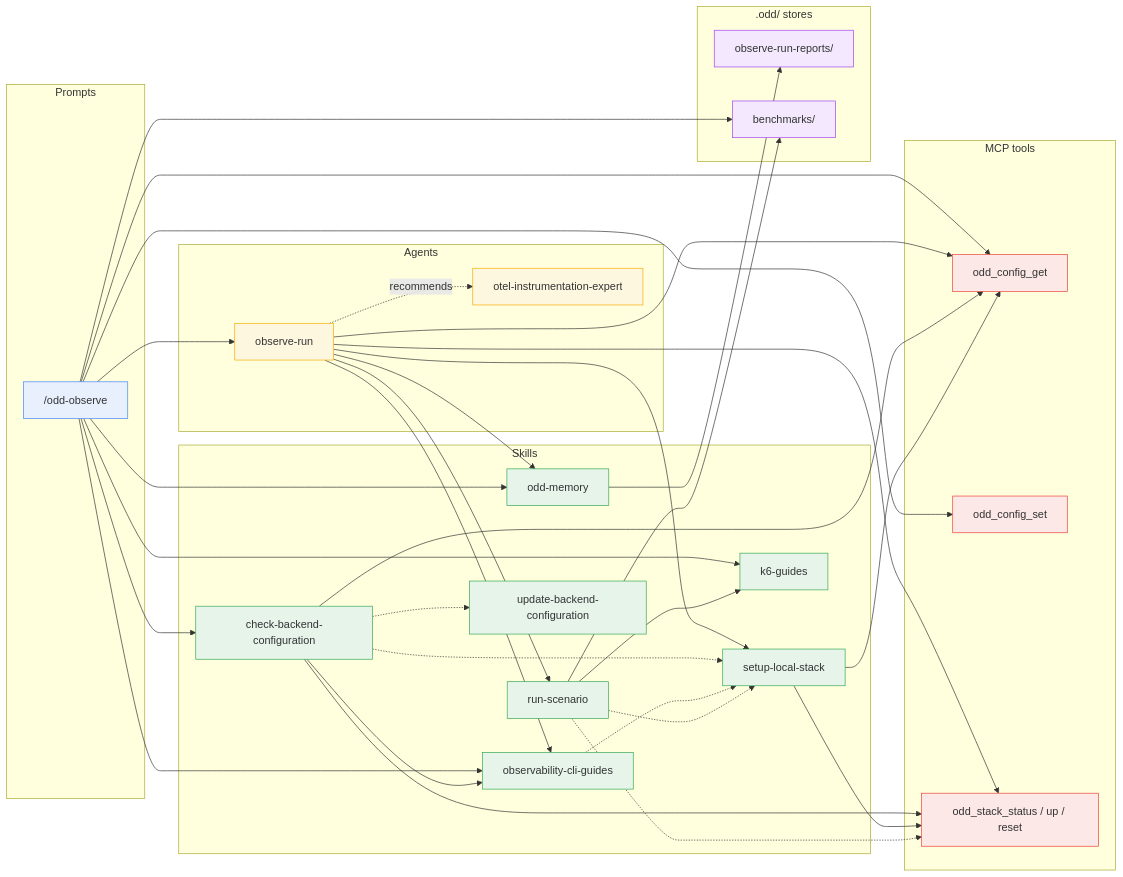
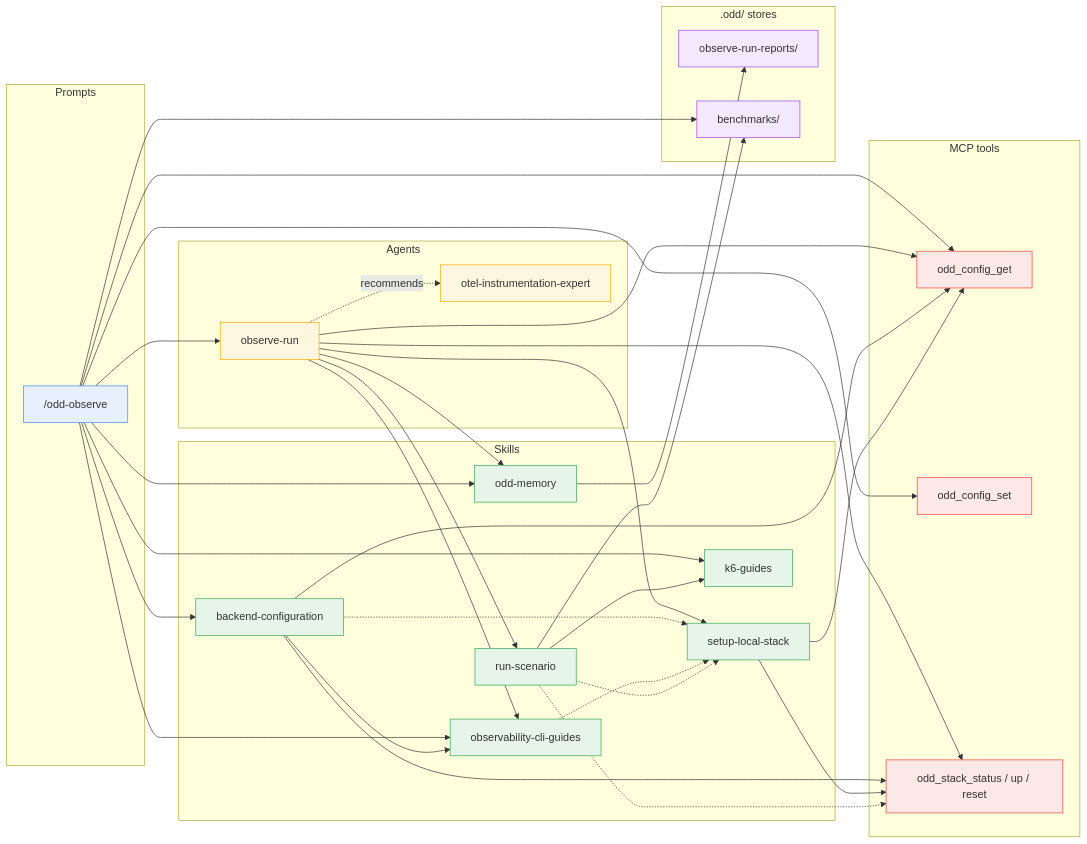
One commit to using-system/oddyssey changed the third of 7 diagrams in docs/guide/dependencies.md. Above: the diagram before and after it, drawn with Mermaid. The commit also changed other lines of this file and 14 other files, not shown here.

First line of the commit message:
feat(skill): backend-configuration - one skill for the check and the switch of the configured backend

````diff
--- a/docs/guide/dependencies.md
+++ b/docs/guide/dependencies.md
@@ -144,76 +144,74 @@
 ```mermaid
 flowchart LR
   subgraph Prompts
     observe["/odd-observe"]
   end
 
   subgraph Agents
     runner[observe-run]
     expert[otel-instrumentation-expert]
   end
 
   subgraph Skills
-    cbc[check-backend-configuration]
+    bc[backend-configuration]
     ocg[observability-cli-guides]
     sls[setup-local-stack]
     rs[run-scenario]
     kg[k6-guides]
     mem[odd-memory]
-    ubc[update-backend-configuration]
   end
 
   subgraph MCP["MCP tools"]
     cfgget[odd_config_get]
     cfgset[odd_config_set]
     stack[odd_stack_status / up / reset]
   end
 
   subgraph Stores[".odd/ stores"]
     obsdir[observe-run-reports/]
     benchdir[benchmarks/]
   end
 
   observe --> runner
-  observe --> cbc
+  observe --> bc
   observe --> mem
   observe --> cfgget
   observe --> cfgset
   observe --> kg
   observe --> ocg
   observe --> benchdir
   mem --> obsdir
 
   runner --> ocg
   runner --> sls
   runner --> rs
   runner --> mem
   runner --> cfgget
   runner --> stack
   runner -. recommends .-> expert
 
-  cbc -.-> sls
-  cbc -.-> ubc
-  cbc --> ocg
-  cbc --> cfgget
-  cbc --> stack
+  bc -.-> sls
+  bc --> ocg
+  bc --> cfgget
+  bc --> stack
   ocg -.-> sls
   sls --> cfgget
   sls --> stack
   rs -.-> stack
   rs -.-> sls
   rs --> kg
   rs --> benchdir
 
 
 
   classDef prompt fill:#e8f0fe,stroke:#4285f4
   classDef agent fill:#fef7e0,stroke:#f9ab00
   classDef skill fill:#e6f4ea,stroke:#34a853
   classDef mcp fill:#fce8e6,stroke:#ea4335
   classDef store fill:#f3e8fd,stroke:#a142f4
   class observe prompt
   class runner,expert agent
-  class cbc,ocg,sls,rs,kg,mem,ubc skill
+  class bc,ocg,sls,rs,kg,mem skill
   class cfgget,cfgset,stack mcp
   class obsdir,benchdir store
 ```
````
